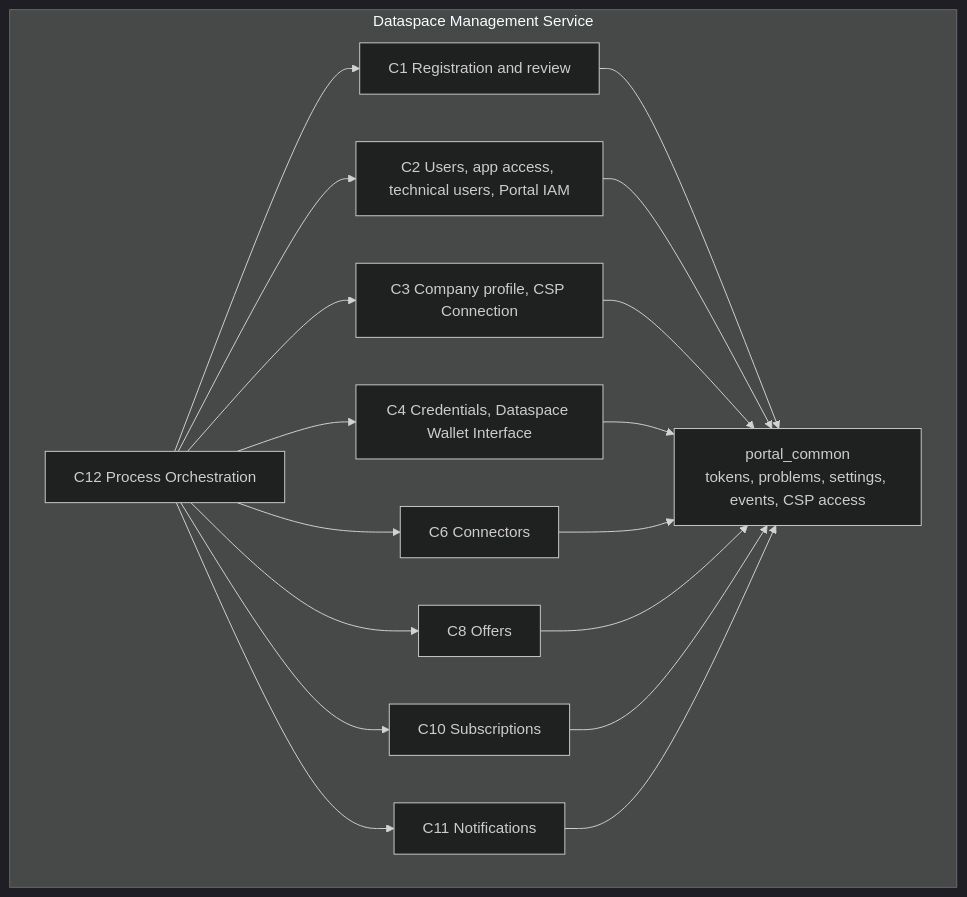
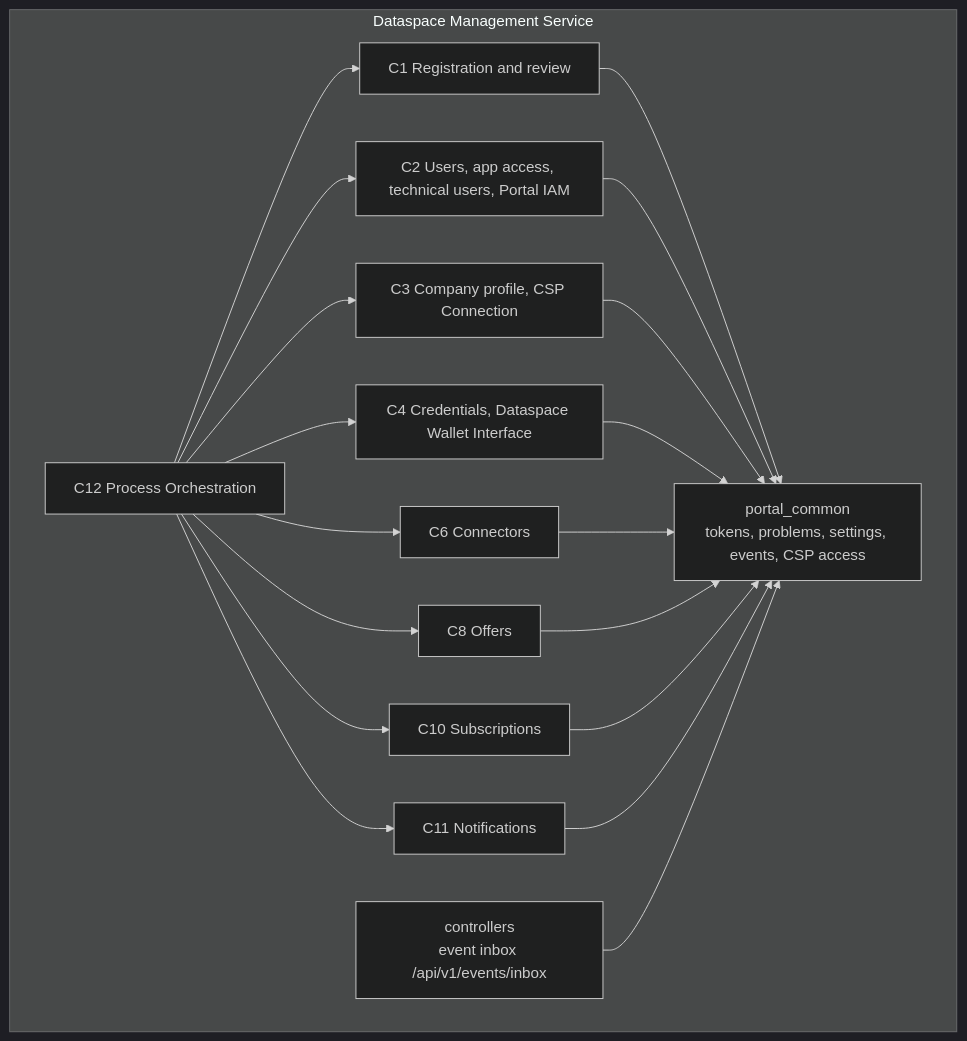
Before and after one commit to AYaoZhan/dataspace-mgm-services: the diagram in docs/architecture/05_building_block_view.md, drawn with Mermaid (dark theme). The commit also changed other lines of this file and 38 other files, not shown here.

````diff
--- a/docs/architecture/05_building_block_view.md
+++ b/docs/architecture/05_building_block_view.md
@@ -5,17 +5,19 @@
 ```mermaid
 flowchart TB
     subgraph svc["Dataspace Management Service"]
         c12["C12 Process Orchestration"]
         c1["C1 Registration and review"]
         c2["C2 Users, app access, technical users, Portal IAM"]
         c3["C3 Company profile, CSP Connection"]
         c4["C4 Credentials, Dataspace Wallet Interface"]
         c6["C6 Connectors"]
         c8["C8 Offers"]
         c10["C10 Subscriptions"]
         c11["C11 Notifications"]
         common["portal_common<br/>tokens, problems, settings, events, CSP access"]
+        controllers["controllers<br/>event inbox /api/v1/events/inbox"]
     end
     c12 --> c1 & c2 & c3 & c4 & c6 & c8 & c10 & c11
     c1 & c2 & c3 & c4 & c6 & c8 & c10 & c11 --> common
+    controllers --> common
 ```
````
